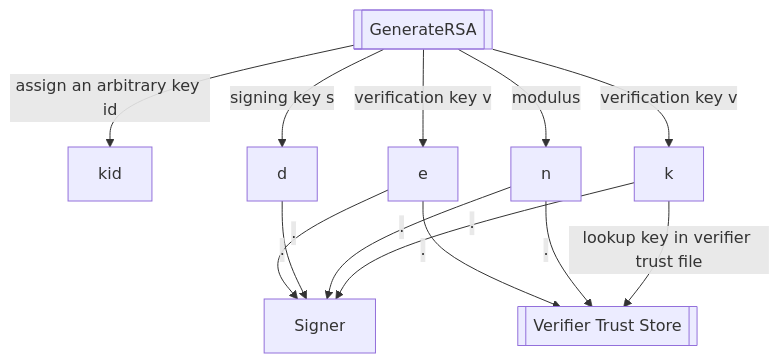
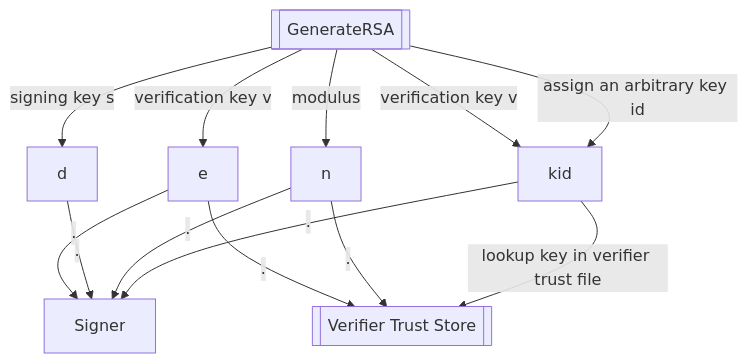
Before and after one commit to rfielding/whiskeyTango: the second of 4 diagrams in README.md, drawn with Mermaid.

Commit message:
update diagram

````diff
--- a/README.md
+++ b/README.md
@@ -117,17 +117,17 @@
 ```mermaid
 flowchart TB
   GenerateRSA[[GenerateRSA]]
   GenerateRSA-- assign an arbitrary key id -->kid
-  GenerateRSA-- verification key v -->k
+  GenerateRSA-- verification key v -->kid
   GenerateRSA-- modulus -->n
   GenerateRSA-- signing key s -->d
   GenerateRSA-- verification key v -->e
   Verifier[[Verifier Trust Store]]
-  k-- . -->Signer
+  kid-- . -->Signer
   n-- . -->Signer
   d-- . -->Signer
   e-- . -->Signer
-  k-- lookup key in verifier trust file -->Verifier
+  kid-- lookup key in verifier trust file -->Verifier
   n-- . -->Verifier
   e-- . -->Verifier
 ```
````
